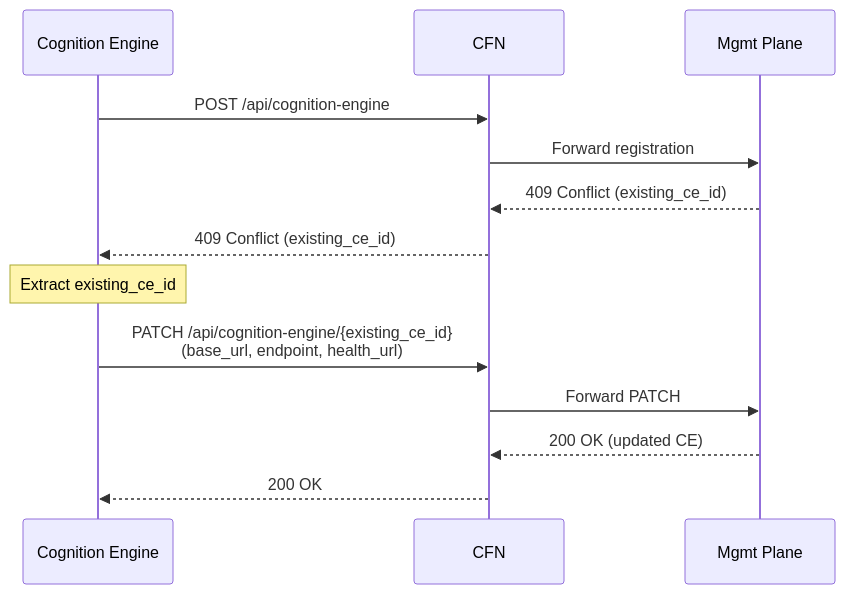
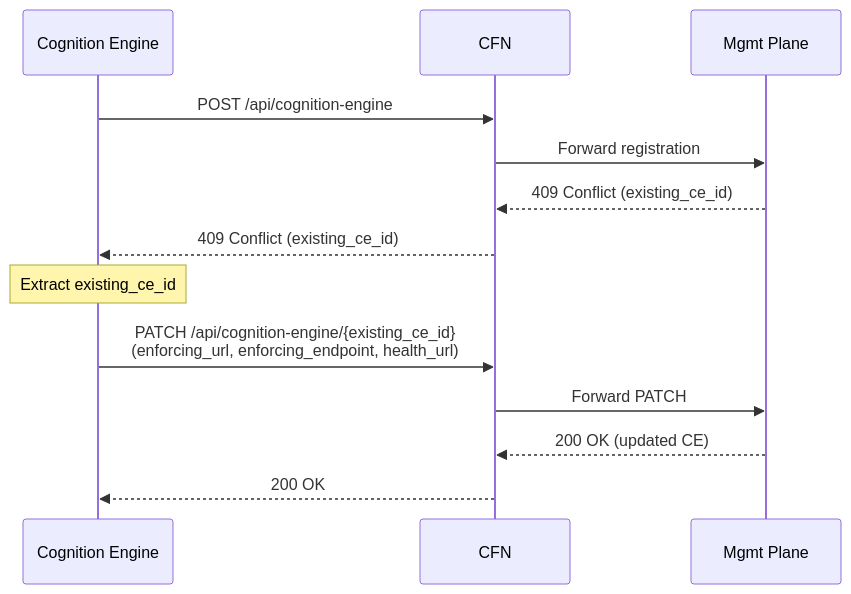
The fifth of 5 diagrams in api/ce/docs/CE-LIFECYCLE.md (ioc-project/cognition-fabric), drawn with Mermaid before and after one commit. The commit also changed other lines of this file and 10 other files, not shown here.

Commit message:
Accept enforcing, health and notification endpoint fields on CE registration

````diff
--- a/api/ce/docs/CE-LIFECYCLE.md
+++ b/api/ce/docs/CE-LIFECYCLE.md
@@ -139,17 +158,17 @@
 ```mermaid
 sequenceDiagram
     participant CE as Cognition Engine
     participant CFN as CFN
     participant Mgmt as Mgmt Plane
 
     CE->>CFN: POST /api/cognition-engine
     CFN->>Mgmt: Forward registration
     Mgmt-->>CFN: 409 Conflict (existing_ce_id)
     CFN-->>CE: 409 Conflict (existing_ce_id)
     
     Note over CE: Extract existing_ce_id
-    CE->>CFN: PATCH /api/cognition-engine/{existing_ce_id}<br/>(base_url, endpoint, health_url)
+    CE->>CFN: PATCH /api/cognition-engine/{existing_ce_id}<br/>(enforcing_url, enforcing_endpoint, health_url)
     CFN->>Mgmt: Forward PATCH
     Mgmt-->>CFN: 200 OK (updated CE)
     CFN-->>CE: 200 OK
 ```
````
